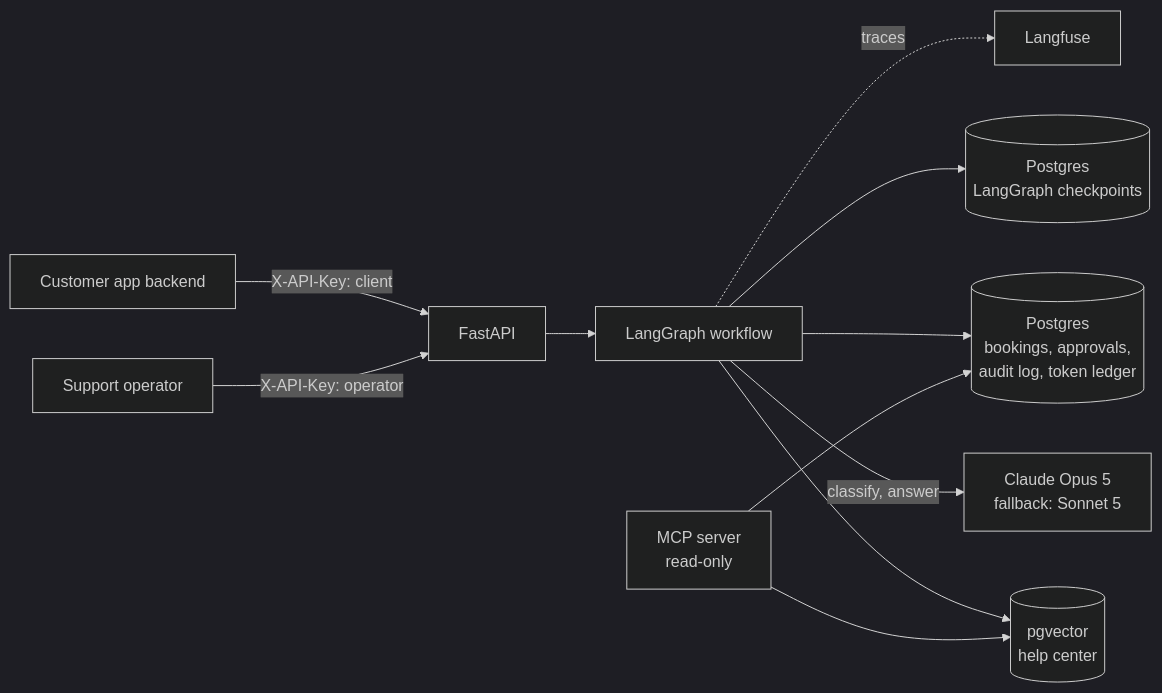
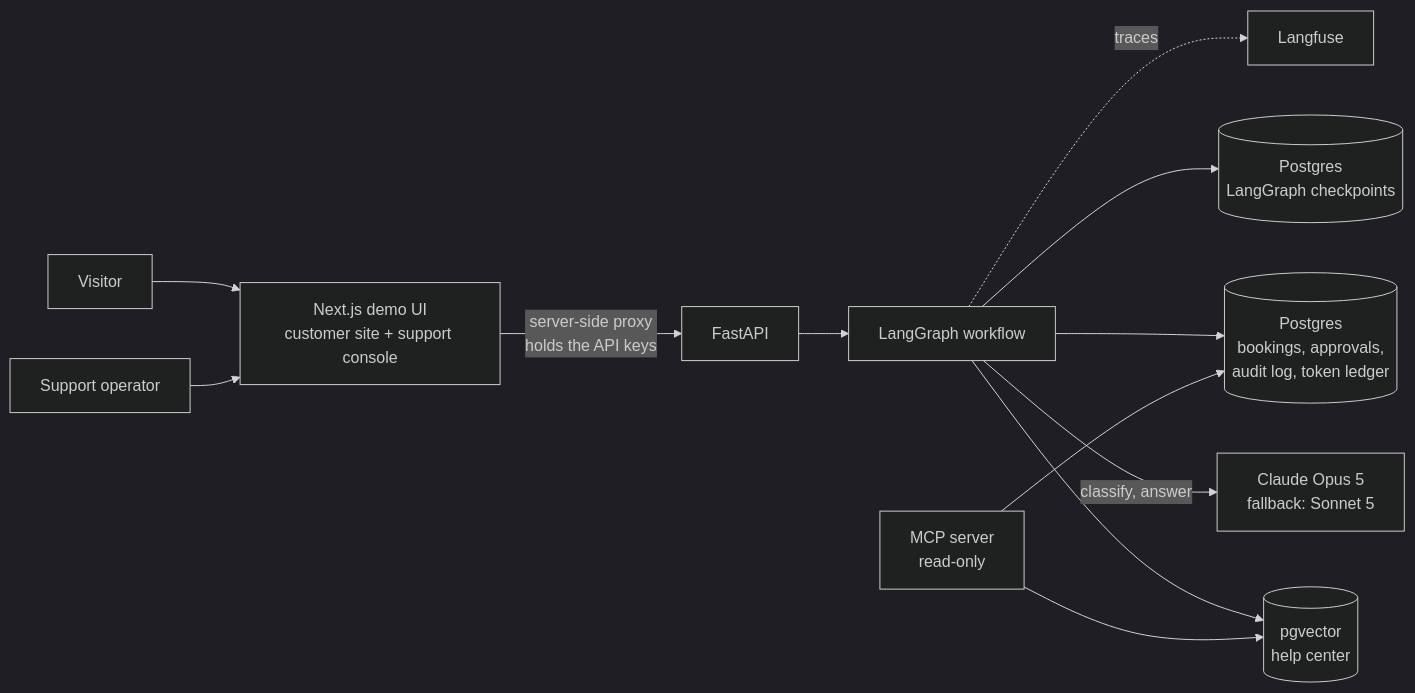
Before and after one commit to nikhilcrypto0/concierge: the first of 2 diagrams in README.md, drawn with Mermaid (dark theme). The commit also changed other lines of this file and 61 other files, not shown here.

First line of the commit message:
feat(web): customer chat site and support approval console

````diff
--- a/README.md
+++ b/README.md
@@ -42,13 +43,14 @@
 ```mermaid
 flowchart LR
-    C[Customer app backend] -->|X-API-Key: client| API[FastAPI]
-    O[Support operator] -->|X-API-Key: operator| API
+    V[Visitor] --> WEB[Next.js demo UI<br/>customer site + support console]
+    WEB -->|server-side proxy<br/>holds the API keys| API[FastAPI]
+    O[Support operator] --> WEB
     API --> G[LangGraph workflow]
     G -->|classify, answer| Claude[Claude Opus 5<br/>fallback: Sonnet 5]
     G --> KB[(pgvector<br/>help center)]
     G --> DB[(Postgres<br/>bookings, approvals,<br/>audit log, token ledger)]
     G --> CP[(Postgres<br/>LangGraph checkpoints)]
     G -.traces.-> LF[Langfuse]
     MCP[MCP server<br/>read-only] --> KB
     MCP --> DB
 ```
````
